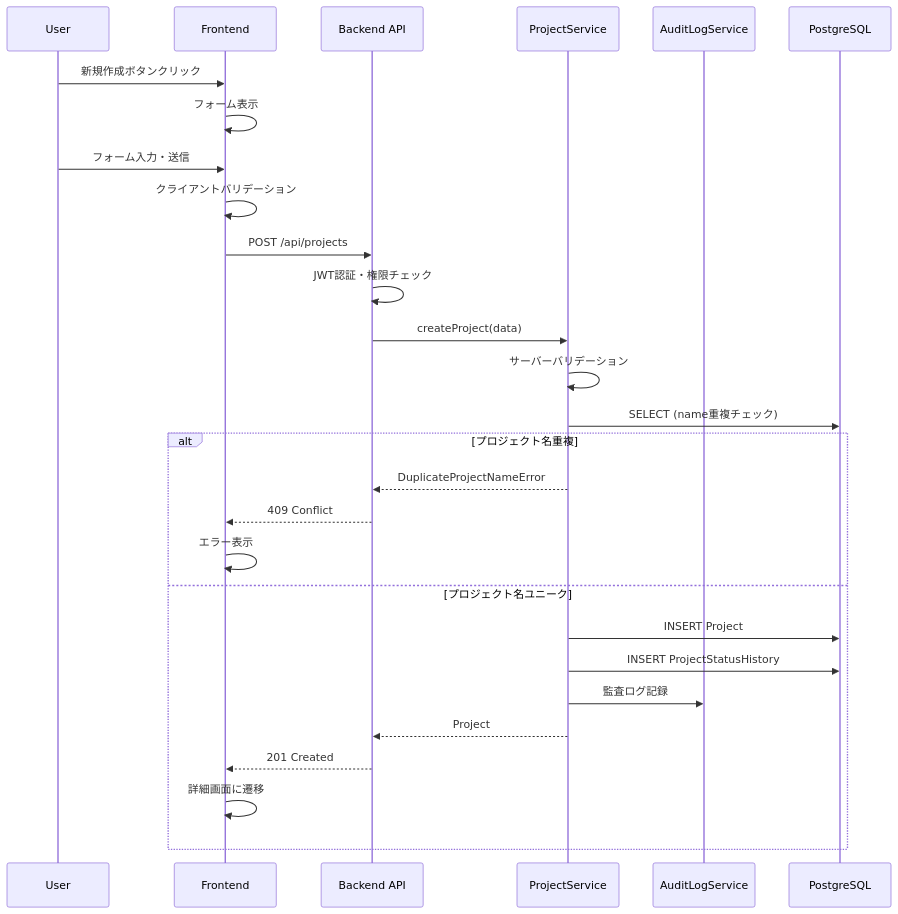
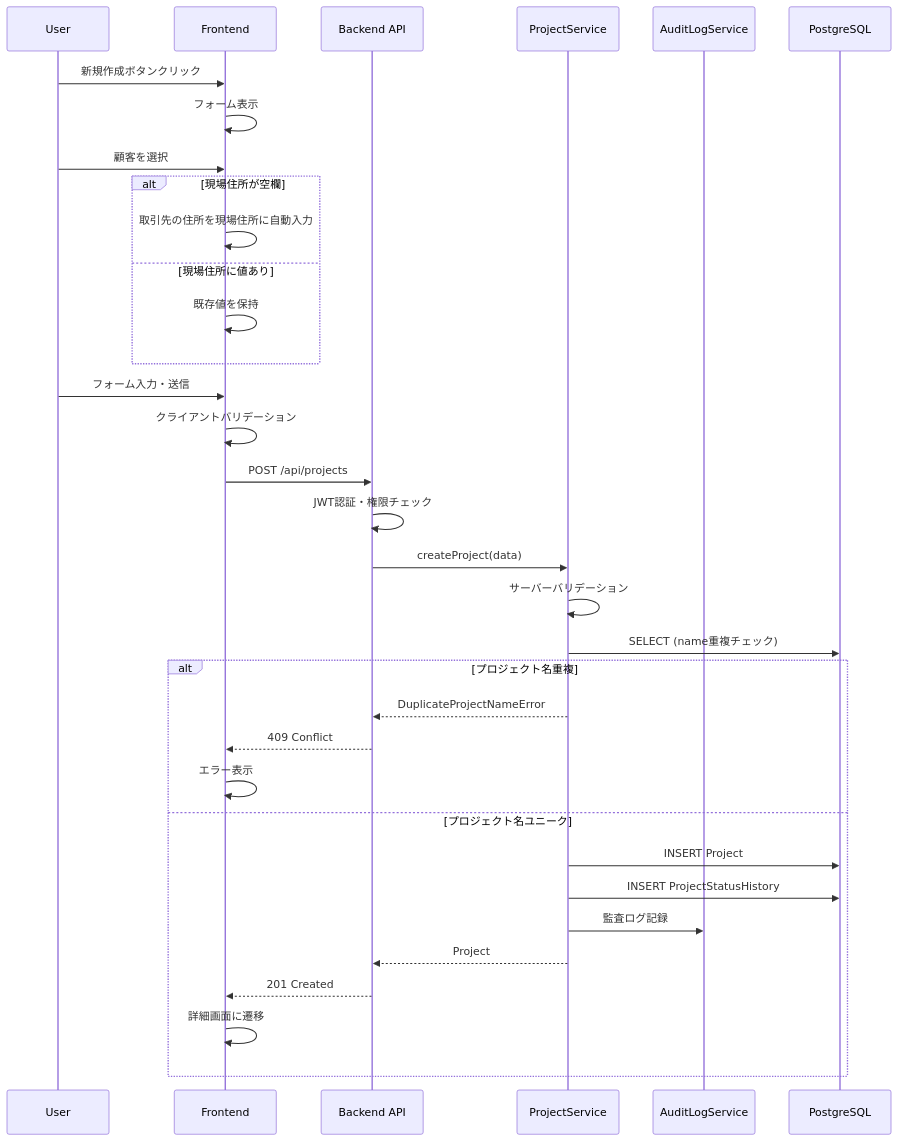
The second of 6 diagrams in .kiro/specs/project-management/design.md (inakanou/ArchiTrack), drawn with Mermaid before and after one commit. The commit also changed other lines of this file and 8 other files, not shown here.

````diff
--- a/.kiro/specs/project-management/design.md
+++ b/.kiro/specs/project-management/design.md
@@ -157,31 +160,39 @@
 ```mermaid
 sequenceDiagram
     participant U as User
     participant FE as Frontend
     participant API as Backend API
     participant PS as ProjectService
     participant AL as AuditLogService
     participant DB as PostgreSQL
 
     U->>FE: 新規作成ボタンクリック
     FE->>FE: フォーム表示
+
+    U->>FE: 顧客を選択
+    alt 現場住所が空欄
+        FE->>FE: 取引先の住所を現場住所に自動入力
+    else 現場住所に値あり
+        FE->>FE: 既存値を保持
+    end
+
     U->>FE: フォーム入力・送信
     FE->>FE: クライアントバリデーション
     FE->>API: POST /api/projects
     API->>API: JWT認証・権限チェック
     API->>PS: createProject(data)
     PS->>PS: サーバーバリデーション
     PS->>DB: SELECT (name重複チェック)
     alt プロジェクト名重複
         PS-->>API: DuplicateProjectNameError
         API-->>FE: 409 Conflict
         FE->>FE: エラー表示
     else プロジェクト名ユニーク
         PS->>DB: INSERT Project
         PS->>DB: INSERT ProjectStatusHistory
         PS->>AL: 監査ログ記録
         PS-->>API: Project
         API-->>FE: 201 Created
         FE->>FE: 詳細画面に遷移
     end
 ```
````
